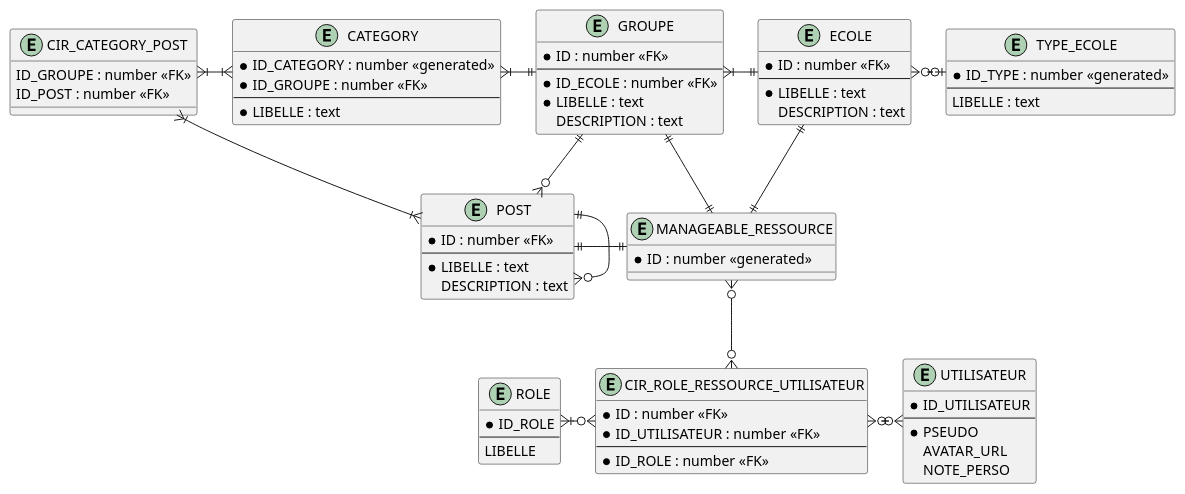
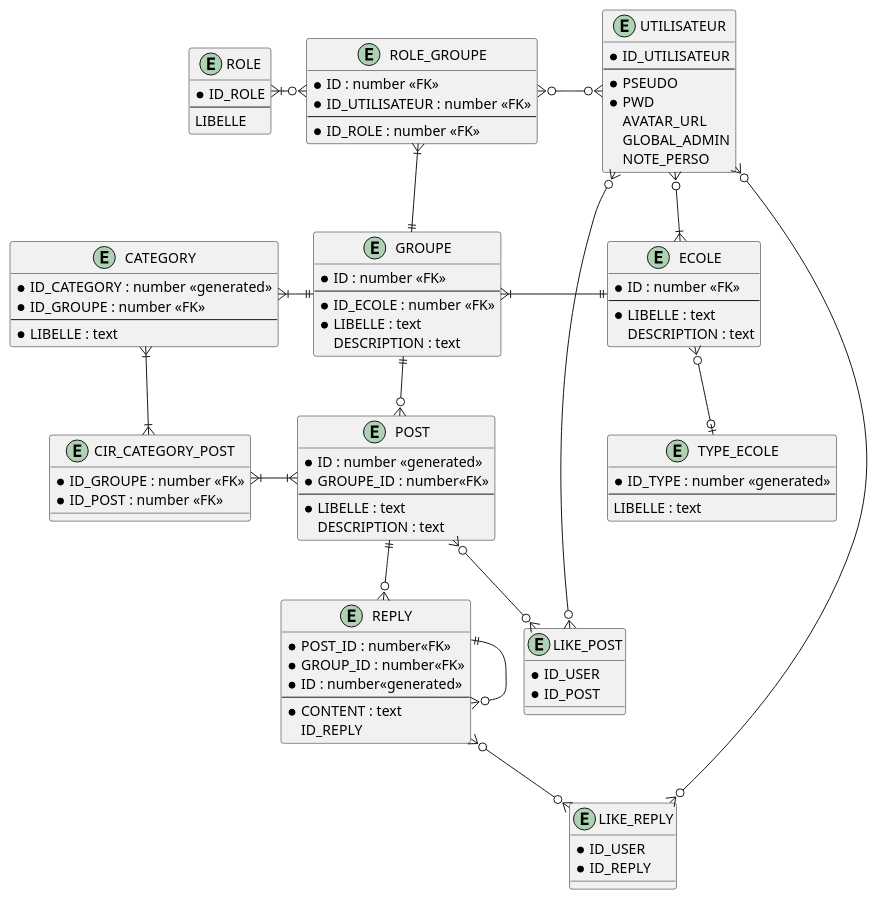
The diagram in doc/db.puml (PeP-dev/fil-a1-forums-etudiant), drawn with PlantUML before and after one commit.

Commit message:
DB : puml, ajout des roles, threads et likes sur les posts et les réponses

```diff
--- a/doc/db.puml
+++ b/doc/db.puml
@@ -1,78 +1,99 @@
 @startuml
 entity CATEGORY {
 * ID_CATEGORY : number <<generated>>
 * ID_GROUPE : number <<FK>>
 --
 * LIBELLE : text
 }
 
 entity POST {
-  * ID : number <<FK>>
+  * ID : number <<generated>>
+  * GROUPE_ID : number<<FK>>
   --
   * LIBELLE : text
   DESCRIPTION : text
 }
-
 entity CIR_CATEGORY_POST {
-    ID_GROUPE : number <<FK>>
-    ID_POST : number <<FK>>
+    * ID_GROUPE : number <<FK>>
+    * ID_POST : number <<FK>>
 }
 entity GROUPE {
   * ID : number <<FK>>
   --
   * ID_ECOLE : number <<FK>>
   * LIBELLE : text
   DESCRIPTION : text
 }
 
 entity ECOLE {
   * ID : number <<FK>>
   --
   * LIBELLE : text
   DESCRIPTION : text
 }
 
+entity REPLY {
+    * POST_ID : number<<FK>>
+    * GROUP_ID : number<<FK>>
+    * ID : number<<generated>>
+    --
+    * CONTENT : text
+    ID_REPLY
+}
+
+entity LIKE_REPLY {
+    * ID_USER
+    * ID_REPLY
+}
+
+entity LIKE_POST {
+    * ID_USER
+    * ID_POST
+}
+
 entity TYPE_ECOLE {
 * ID_TYPE : number <<generated>>
 --
 LIBELLE : text
 }
 
 entity UTILISATEUR {
 * ID_UTILISATEUR
 --
 * PSEUDO
+* PWD
 AVATAR_URL
+GLOBAL_ADMIN
 NOTE_PERSO
 }
 
 entity ROLE {
 * ID_ROLE
 --
 LIBELLE
 }
 
-entity MANAGEABLE_RESSOURCE {
-    * ID : number <<generated>>
-}
-
-entity CIR_ROLE_RESSOURCE_UTILISATEUR {
+entity ROLE_GROUPE {
     * ID : number <<FK>>
     * ID_UTILISATEUR : number <<FK>>
     --
     * ID_ROLE : number <<FK>>
 }
-TYPE_ECOLE |o-left-o{ ECOLE
+
+TYPE_ECOLE |o-up-o{ ECOLE
 CATEGORY }|-right-|| GROUPE
-GROUPE ||--o{ POST
+GROUPE ||-down-o{ POST
 ECOLE ||-left-|{ GROUPE
-POST ||--o{ POST
-CIR_CATEGORY_POST }|-right-|{ CATEGORY
-CIR_CATEGORY_POST }|--|{ POST
-GROUPE ||--|| MANAGEABLE_RESSOURCE
-POST ||-right-|| MANAGEABLE_RESSOURCE
-ECOLE ||--|| MANAGEABLE_RESSOURCE
-MANAGEABLE_RESSOURCE }o-down-o{ CIR_ROLE_RESSOURCE_UTILISATEUR
-UTILISATEUR }o-left-o{ CIR_ROLE_RESSOURCE_UTILISATEUR
-ROLE }|-right-o{ CIR_ROLE_RESSOURCE_UTILISATEUR
+POST ||--o{ REPLY
+REPLY ||-right-o{ REPLY
+CIR_CATEGORY_POST }|-up-|{ CATEGORY
+CIR_CATEGORY_POST }|-right-|{ POST
+GROUPE ||-up-|{ ROLE_GROUPE
+UTILISATEUR }o-left-o{ ROLE_GROUPE
+UTILISATEUR }o-down-|{ ECOLE
+ROLE }|-right-o{ ROLE_GROUPE
+UTILISATEUR }o--o{ LIKE_POST
+UTILISATEUR }o--o{ LIKE_REPLY
+POST }o--o{ LIKE_POST
+REPLY }o--o{ LIKE_REPLY
 @enduml
```
